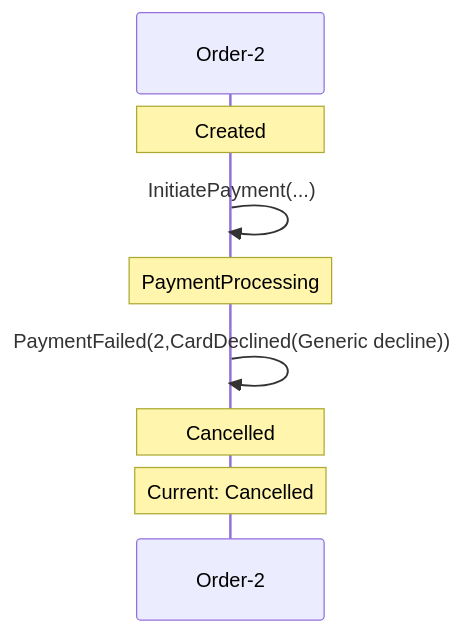
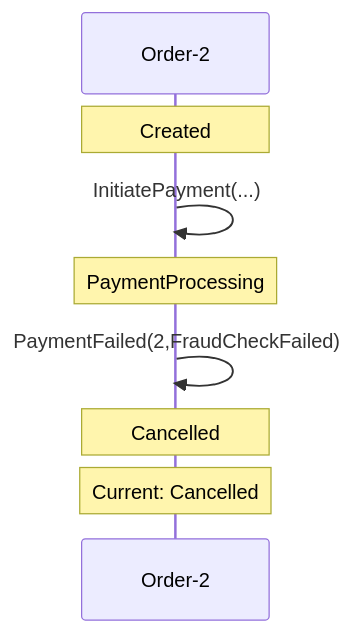
One commit to early-effect/mechanoid changed the first of 2 diagrams in docs/visualizations/order-2-trace.md. Above: the diagram before and after it, drawn with Mermaid. The commit also changed 6 other files, not shown here.

First line of the commit message:
Fix Mermaid state diagram note syntax for timeouts

````diff
--- a/docs/visualizations/order-2-trace.md
+++ b/docs/visualizations/order-2-trace.md
@@ -7,11 +7,11 @@
 ```mermaid
 sequenceDiagram
     participant FSM as Order-2
     Note over FSM: Created
     FSM->>FSM: InitiatePayment(...)
     Note over FSM: PaymentProcessing
-    FSM->>FSM: PaymentFailed(2,CardDeclined(Generic decline))
+    FSM->>FSM: PaymentFailed(2,FraudCheckFailed)
     Note over FSM: Cancelled
     Note over FSM: Current: Cancelled
 
 ```
````
